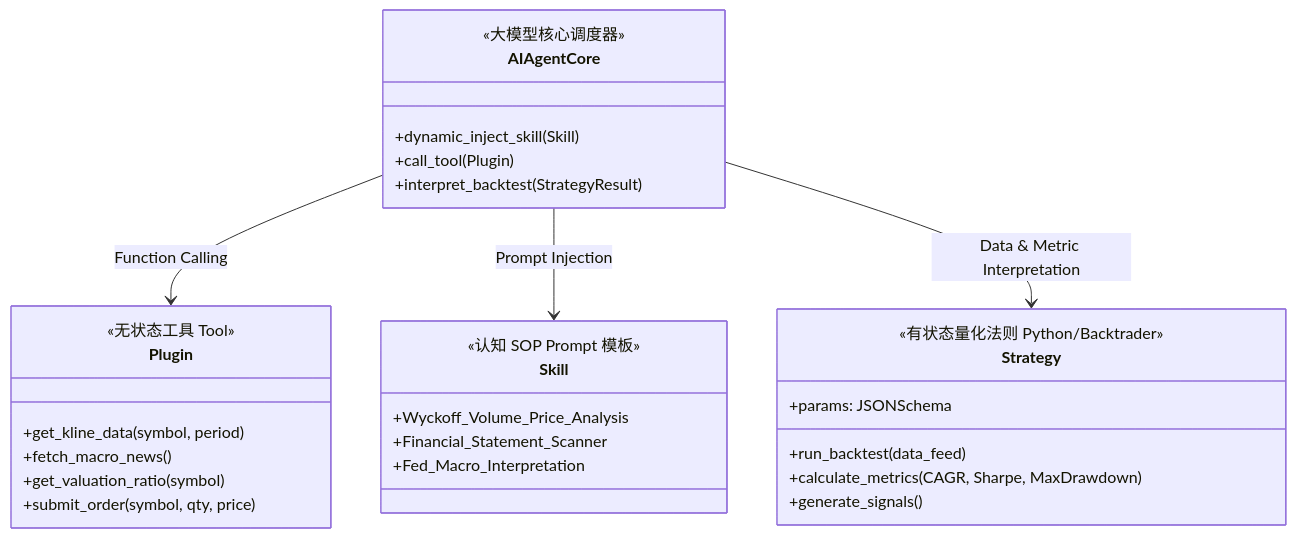
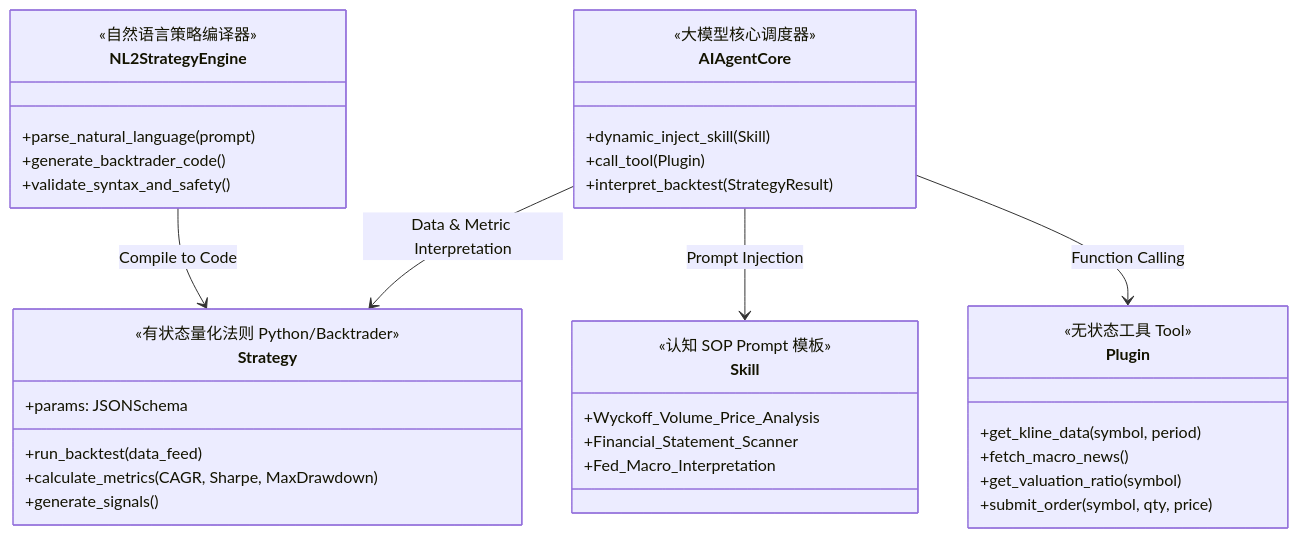
The third of 5 diagrams in docs/01.WealthSail投研平台需求文档.md (sinojelly/wealthsail), drawn with Mermaid before and after one commit. The commit also changed other lines of this file, not shown here.

````diff
--- a/docs/01.WealthSail投研平台需求文档.md
+++ b/docs/01.WealthSail投研平台需求文档.md
@@ -109,32 +158,39 @@
 ```mermaid
 classDiagram
     class Plugin {
         <<无状态工具 Tool>>
         +get_kline_data(symbol, period)
         +fetch_macro_news()
         +get_valuation_ratio(symbol)
         +submit_order(symbol, qty, price)
     }
     class Skill {
         <<认知 SOP Prompt 模板>>
         +Wyckoff_Volume_Price_Analysis
         +Financial_Statement_Scanner
         +Fed_Macro_Interpretation
     }
     class Strategy {
         <<有状态量化法则 Python/Backtrader>>
         +params: JSONSchema
         +run_backtest(data_feed)
         +calculate_metrics(CAGR, Sharpe, MaxDrawdown)
         +generate_signals()
     }
+    class NL2StrategyEngine {
+        <<自然语言策略编译器>>
+        +parse_natural_language(prompt)
+        +generate_backtrader_code()
+        +validate_syntax_and_safety()
+    }
     class AIAgentCore {
         <<大模型核心调度器>>
         +dynamic_inject_skill(Skill)
         +call_tool(Plugin)
         +interpret_backtest(StrategyResult)
     }
     AIAgentCore --> Plugin : Function Calling
     AIAgentCore --> Skill : Prompt Injection
     AIAgentCore --> Strategy : Data & Metric Interpretation
+    NL2StrategyEngine --> Strategy : Compile to Code
 ```
````
